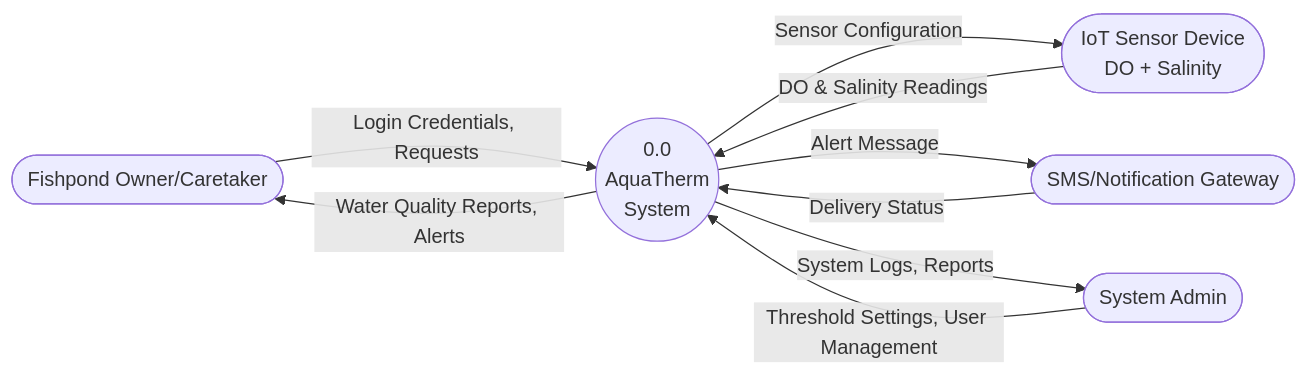
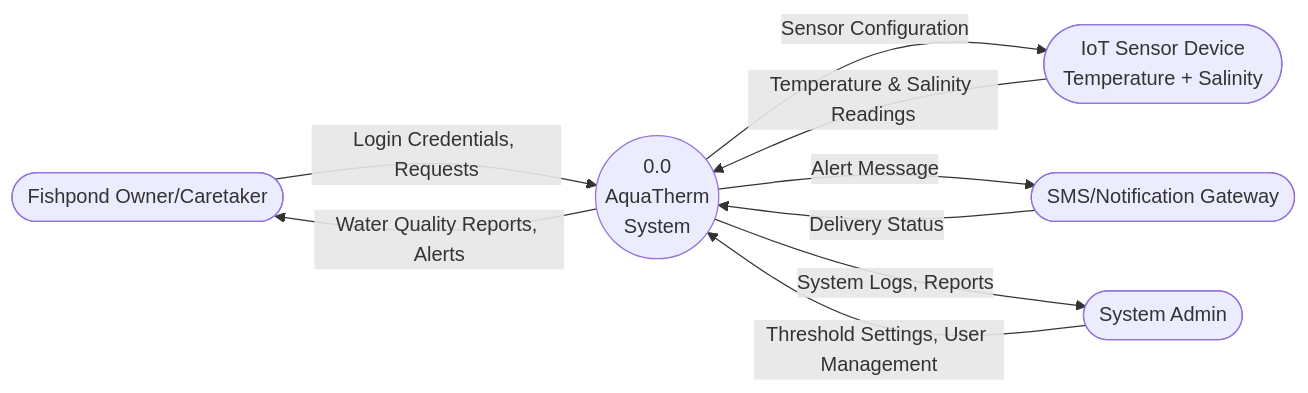
Before and after one commit to belarminoivan48-crypto/AquaTherm: the first of 3 diagrams in Graphs_and_Charts/01_DFD.md, drawn with Mermaid. The commit also changed other lines of this file and 6 other files, not shown here.

````diff
--- a/Graphs_and_Charts/01_DFD.md
+++ b/Graphs_and_Charts/01_DFD.md
@@ -5,16 +7,16 @@
 ```mermaid
 flowchart LR
     Owner([Fishpond Owner/Caretaker])
-    Sensor([IoT Sensor Device<br/>DO + Salinity])
+    Sensor([IoT Sensor Device<br/>Temperature + Salinity])
     SMSGate([SMS/Notification Gateway])
     Admin([System Admin])
 
     Owner -->|Login Credentials, Requests| System((0.0<br/>AquaTherm<br/>System))
     System -->|Water Quality Reports, Alerts| Owner
-    Sensor -->|DO & Salinity Readings| System
+    Sensor -->|Temperature & Salinity Readings| System
     System -->|Sensor Configuration| Sensor
     System -->|Alert Message| SMSGate
     SMSGate -->|Delivery Status| System
     Admin -->|Threshold Settings, User Management| System
     System -->|System Logs, Reports| Admin
 ```
````
